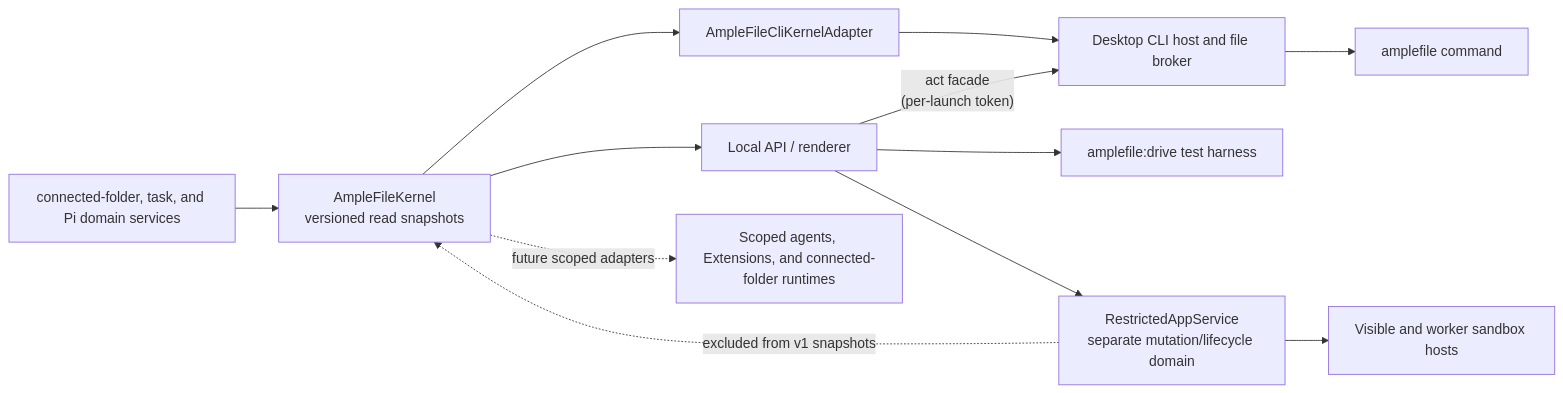
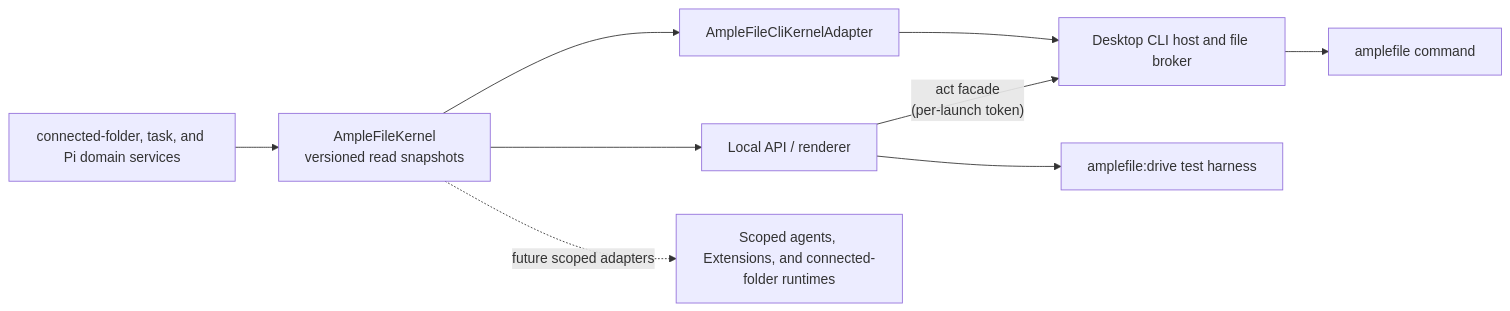
The diagram in docs/amplefile-agent-and-cli.md (Mat-Tom-Son/amplefile), drawn with Mermaid before and after one commit. The commit also changed other lines of this file and 250 other files, not shown here.

````diff
--- a/docs/amplefile-agent-and-cli.md
+++ b/docs/amplefile-agent-and-cli.md
@@ -97,14 +89,11 @@
 ```mermaid
 flowchart LR
   domains["connected-folder, task, and Pi domain services"] --> kernel["AmpleFileKernel<br/>versioned read snapshots"]
   kernel --> api["Local API / renderer"]
   kernel --> adapter["AmpleFileCliKernelAdapter"]
   adapter --> host["Desktop CLI host and file broker"]
   host --> command["amplefile command"]
   api -- "act facade<br/>(per-launch token)" --> host
   api --> driver["amplefile:drive test harness"]
   kernel -. "future scoped adapters" .-> future["Scoped agents, Extensions, and connected-folder runtimes"]
-  api --> restricted["RestrictedAppService<br/>separate mutation/lifecycle domain"]
-  restricted --> sandboxes["Visible and worker sandbox hosts"]
-  restricted -. "excluded from v1 snapshots" .-> kernel
 ```
````
